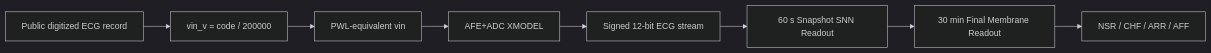
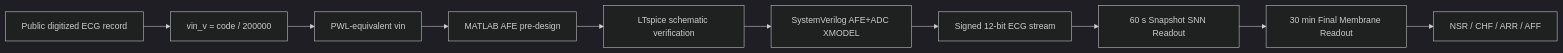
Before and after one commit to Sheep-gun/ECG-SoC-Integrated: the diagram in docs/SYSTEM_ARCHITECTURE_KR.md, drawn with Mermaid (dark theme). The commit also changed other lines of this file and 212 other files, not shown here.

Commit message:
Document MATLAB LTspice XMODEL analog validation

````diff
--- a/docs/SYSTEM_ARCHITECTURE_KR.md
+++ b/docs/SYSTEM_ARCHITECTURE_KR.md
@@ -7,10 +7,12 @@
 ```mermaid
 flowchart LR
     A["Public digitized ECG record"] --> B["vin_v = code / 200000"]
     B --> C["PWL-equivalent vin"]
-    C --> D["AFE+ADC XMODEL"]
-    D --> E["Signed 12-bit ECG stream"]
-    E --> F["60 s Snapshot SNN Readout"]
-    F --> G["30 min Final Membrane Readout"]
-    G --> H["NSR / CHF / ARR / AFF"]
+    C --> D["MATLAB AFE pre-design"]
+    D --> E["LTspice schematic verification"]
+    E --> F["SystemVerilog AFE+ADC XMODEL"]
+    F --> G["Signed 12-bit ECG stream"]
+    G --> H["60 s Snapshot SNN Readout"]
+    H --> I["30 min Final Membrane Readout"]
+    I --> J["NSR / CHF / ARR / AFF"]
 ```
````
